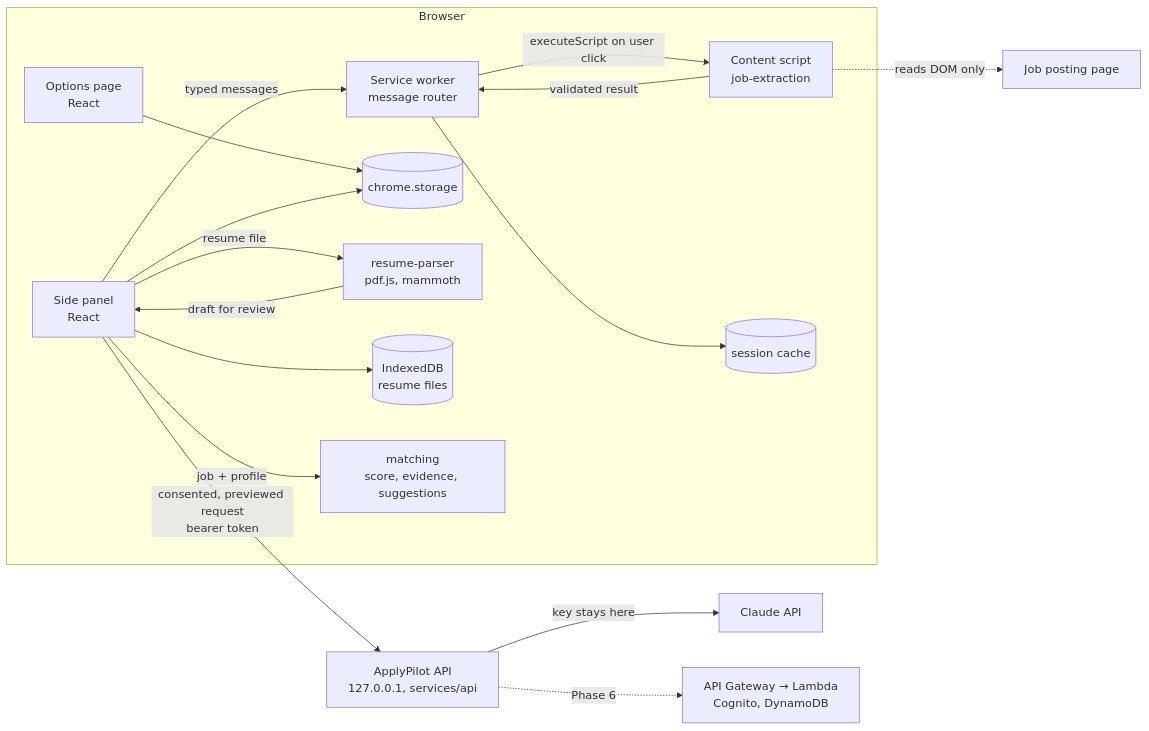
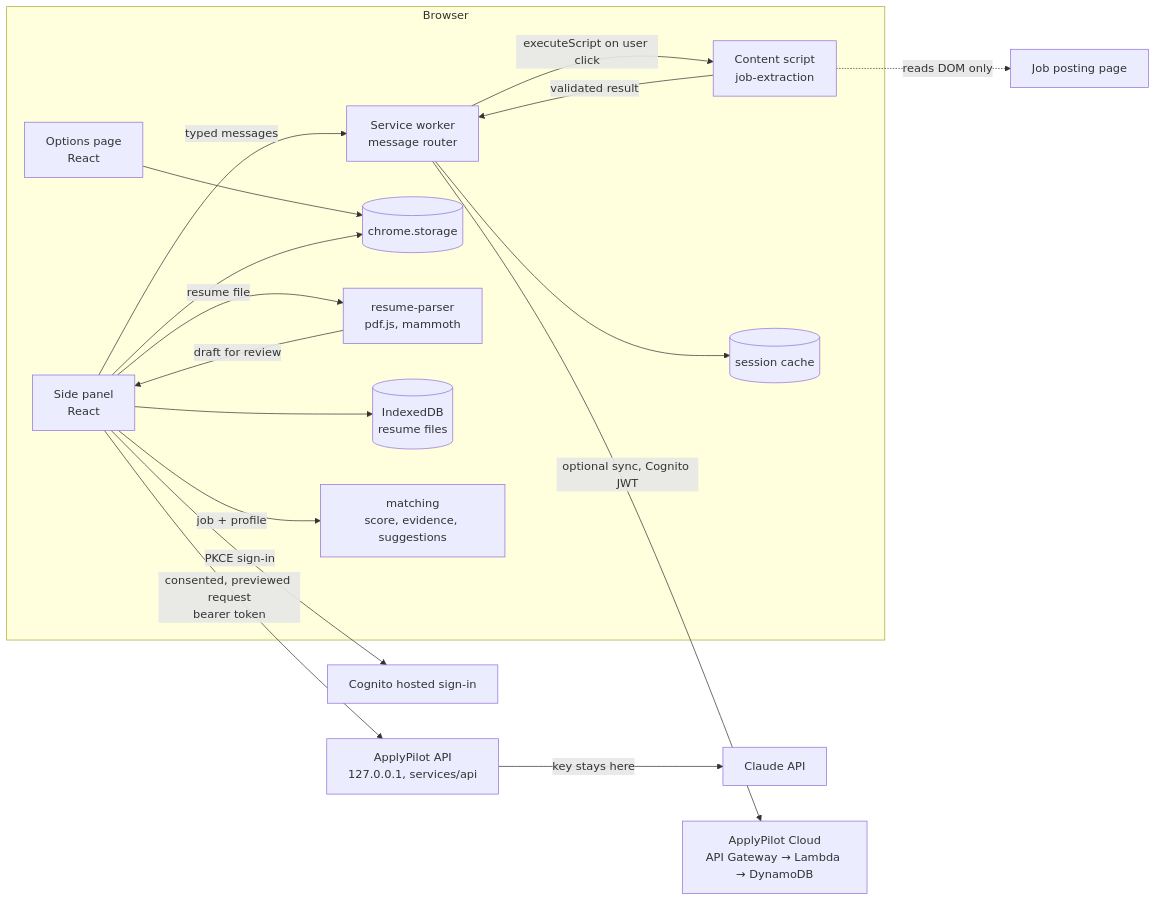
The diagram in README.md (amadshamat/applypilot-ai), drawn with Mermaid before and after one commit. The commit also changed other lines of this file and 82 other files, not shown here.

First line of the commit message:
Phase 6: AWS cloud backend with optional sign-in and sync (v0.6.0)

````diff
--- a/README.md
+++ b/README.md
@@ -76,19 +81,20 @@
 ```mermaid
 flowchart LR
   subgraph Browser
     SP[Side panel<br/>React] -- typed messages --> SW[Service worker<br/>message router]
     OP[Options page<br/>React] --> ST[(chrome.storage)]
     SP --> ST
     SP -- resume file --> RP[resume-parser<br/>pdf.js, mammoth]
     RP -- draft for review --> SP
     SP --> IDB[(IndexedDB<br/>resume files)]
     SP -- job + profile --> MT[matching<br/>score, evidence, suggestions]
     SW -- executeScript on user click --> CS[Content script<br/>job-extraction]
     CS -- validated result --> SW
     SW --> SS[(session cache)]
   end
   CS -. reads DOM only .-> Page[Job posting page]
   SP -- consented, previewed request<br/>bearer token --> API[ApplyPilot API<br/>127.0.0.1, services/api]
   API -- key stays here --> CL[Claude API]
-  API -. Phase 6 .-> AWS[API Gateway → Lambda<br/>Cognito, DynamoDB]
+  SW -- optional sync, Cognito JWT --> AWS[ApplyPilot Cloud<br/>API Gateway → Lambda → DynamoDB]
+  SP -- PKCE sign-in --> COG[Cognito hosted sign-in]
 ```
````
